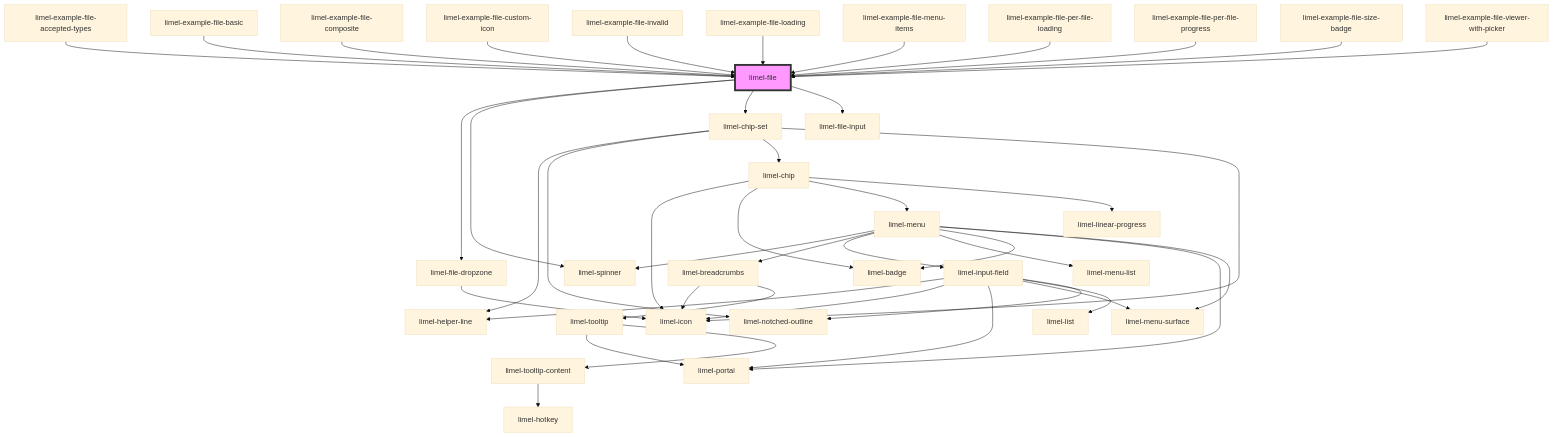
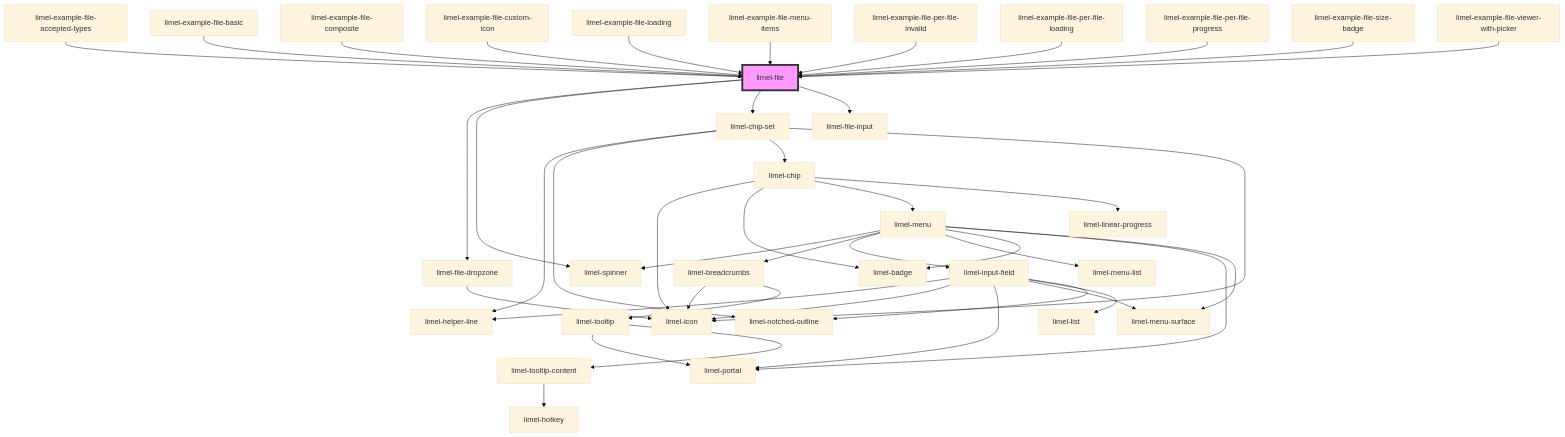
The diagram in versions/PR-4154/markdown-docs/components/file/readme.md (Lundalogik/lime-elements), drawn with Mermaid (base theme) before and after one commit. The commit also changed other lines of this file and 9 other files, not shown here.

````diff
--- a/versions/PR-4154/markdown-docs/components/file/readme.md
+++ b/versions/PR-4154/markdown-docs/components/file/readme.md
@@ -83,46 +83,46 @@
 ```mermaid
 graph TD;
   limel-file --> limel-file-dropzone
   limel-file --> limel-spinner
   limel-file --> limel-chip-set
   limel-file --> limel-file-input
   limel-file-dropzone --> limel-icon
   limel-chip-set --> limel-helper-line
   limel-chip-set --> limel-notched-outline
   limel-chip-set --> limel-chip
   limel-chip-set --> limel-icon
   limel-chip --> limel-icon
   limel-chip --> limel-badge
   limel-chip --> limel-menu
   limel-chip --> limel-linear-progress
   limel-menu --> limel-spinner
   limel-menu --> limel-breadcrumbs
   limel-menu --> limel-input-field
   limel-menu --> limel-menu-list
   limel-menu --> limel-badge
   limel-menu --> limel-portal
   limel-menu --> limel-menu-surface
   limel-breadcrumbs --> limel-icon
   limel-breadcrumbs --> limel-tooltip
   limel-tooltip --> limel-portal
   limel-tooltip --> limel-tooltip-content
   limel-tooltip-content --> limel-hotkey
   limel-input-field --> limel-helper-line
   limel-input-field --> limel-icon
   limel-input-field --> limel-portal
   limel-input-field --> limel-menu-surface
   limel-input-field --> limel-list
   limel-input-field --> limel-notched-outline
   limel-example-file-accepted-types --> limel-file
   limel-example-file-basic --> limel-file
   limel-example-file-composite --> limel-file
   limel-example-file-custom-icon --> limel-file
-  limel-example-file-invalid --> limel-file
   limel-example-file-loading --> limel-file
   limel-example-file-menu-items --> limel-file
+  limel-example-file-per-file-invalid --> limel-file
   limel-example-file-per-file-loading --> limel-file
   limel-example-file-per-file-progress --> limel-file
   limel-example-file-size-badge --> limel-file
   limel-example-file-viewer-with-picker --> limel-file
   style limel-file fill:#f9f,stroke:#333,stroke-width:4px
 ```
````
